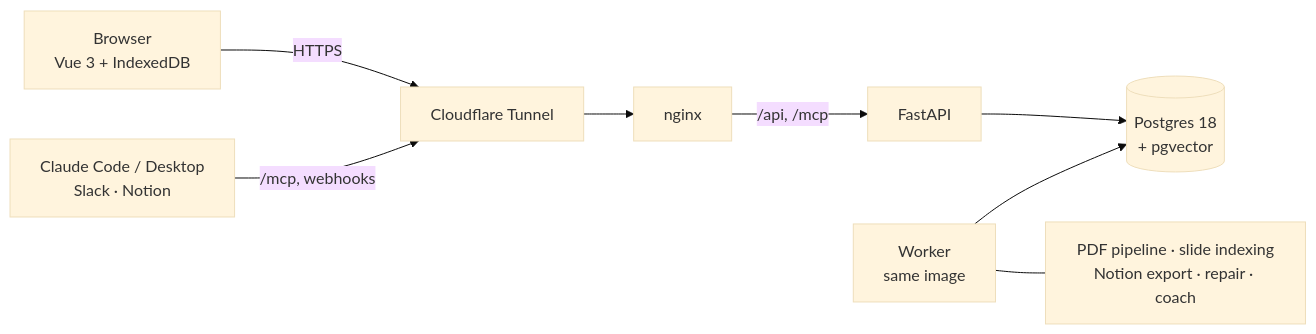
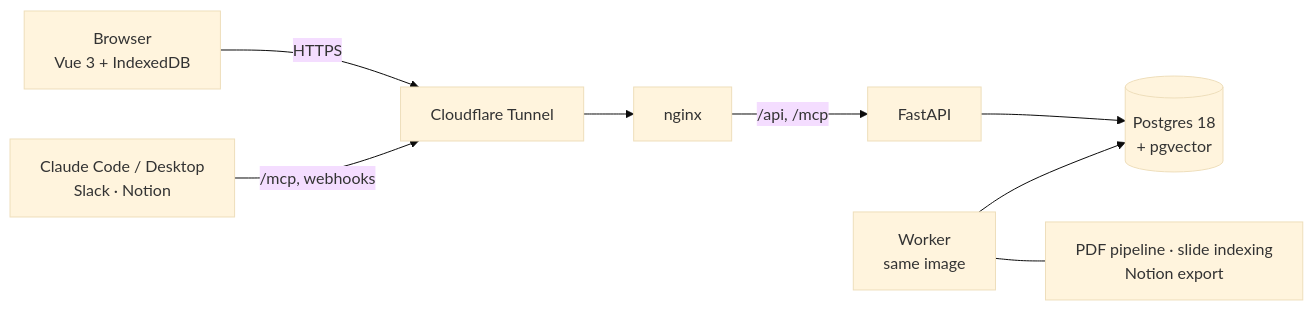
The second of 2 diagrams in README.md (ersan-eke/exams), drawn with Mermaid (base theme) before and after one commit. The commit also changed other lines of this file and 16 other files, not shown here.

````diff
--- a/README.md
+++ b/README.md
@@ -55,10 +54,10 @@
 ```mermaid
 flowchart LR
     B[Browser<br/>Vue 3 + IndexedDB] -->|HTTPS| CF[Cloudflare Tunnel]
     C[Claude Code / Desktop<br/>Slack · Notion] -->|/mcp, webhooks| CF
     CF --> N[nginx]
     N -->|/api, /mcp| A[FastAPI]
     A --> P[(Postgres 18<br/>+ pgvector)]
     W[Worker<br/>same image] --> P
-    W --- J[PDF pipeline · slide indexing<br/>Notion export · repair · coach]
+    W --- J[PDF pipeline · slide indexing<br/>Notion export]
 ```
````
